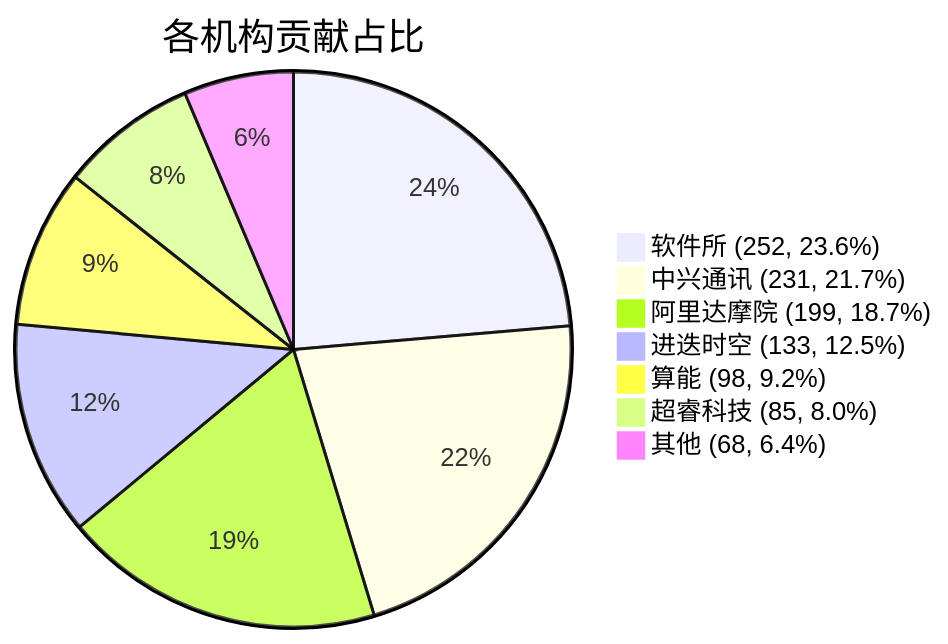
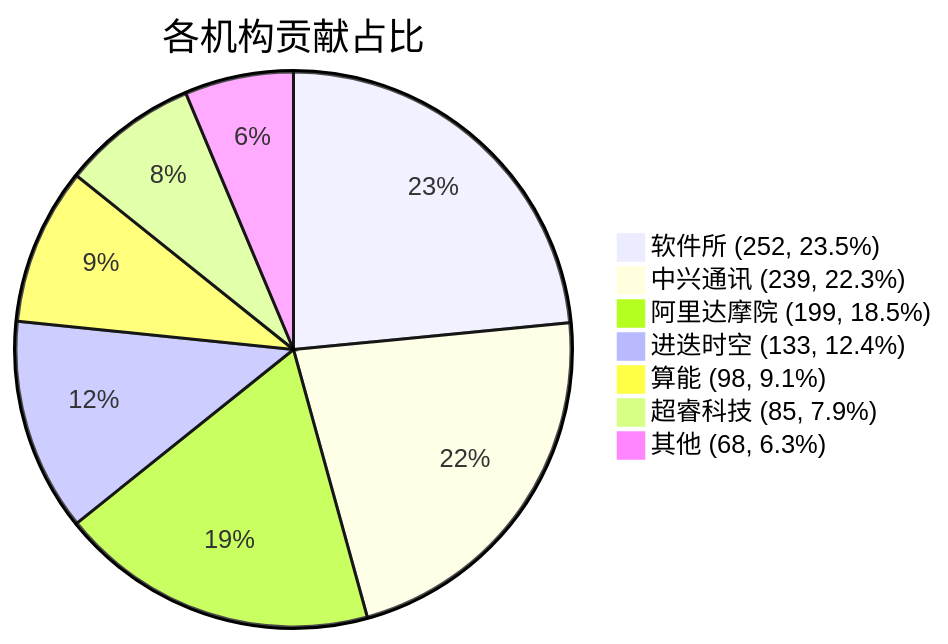
The diagram in docs/index.md (RVCK-Project/rvck), drawn with Mermaid before and after one commit. The commit also changed other lines of this file and 8 other files, not shown here.

````diff
--- a/docs/index.md
+++ b/docs/index.md
@@ -31,10 +31,10 @@
 ```mermaid
 pie title 各机构贡献占比
-    "软件所 (252, 23.6%)" : 252
-    "中兴通讯 (231, 21.7%)" : 231
-    "阿里达摩院 (199, 18.7%)" : 199
-    "进迭时空 (133, 12.5%)" : 133
-    "算能 (98, 9.2%)" : 98
-    "超睿科技 (85, 8.0%)" : 85
-    "其他 (68, 6.4%)" : 68
+    "软件所 (252, 23.5%)" : 252
+    "中兴通讯 (239, 22.3%)" : 239
+    "阿里达摩院 (199, 18.5%)" : 199
+    "进迭时空 (133, 12.4%)" : 133
+    "算能 (98, 9.1%)" : 98
+    "超睿科技 (85, 7.9%)" : 85
+    "其他 (68, 6.3%)" : 68
 ```
````
